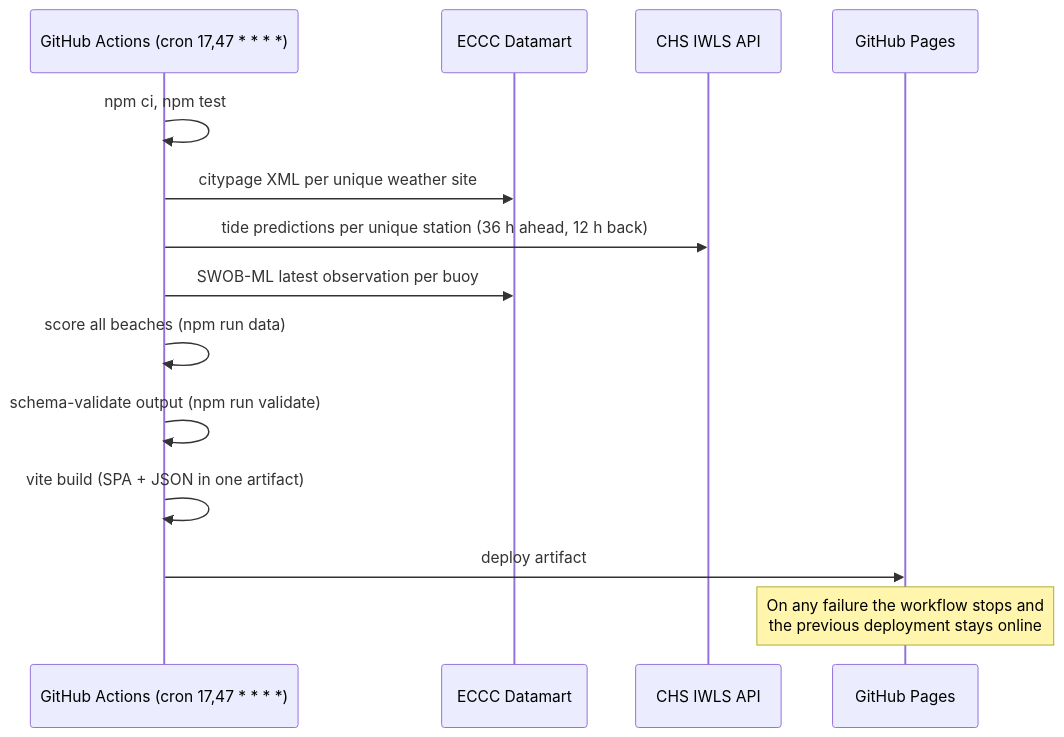
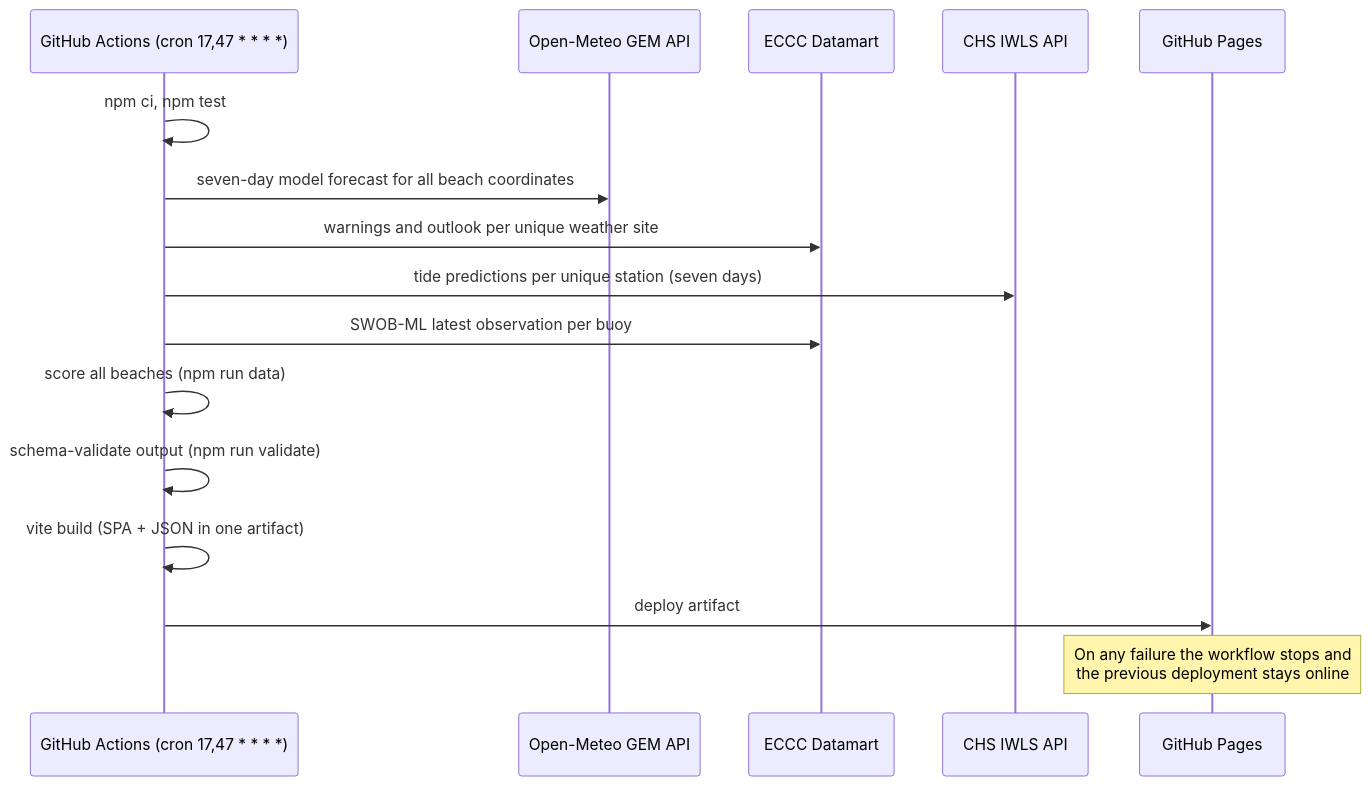
Before and after one commit to gruberb/whenshouldigotothebeach: the second of 2 diagrams in docs/ARCHITECTURE.md, drawn with Mermaid. The commit also changed other lines of this file and 29 other files, not shown here.

````diff
--- a/docs/ARCHITECTURE.md
+++ b/docs/ARCHITECTURE.md
@@ -172,17 +189,19 @@
 ```mermaid
 sequenceDiagram
     participant GH as GitHub Actions (cron 17,47 * * * *)
+    participant GEM as Open-Meteo GEM API
     participant DM as ECCC Datamart
     participant IWLS as CHS IWLS API
     participant Pages as GitHub Pages
 
     GH->>GH: npm ci, npm test
-    GH->>DM: citypage XML per unique weather site
-    GH->>IWLS: tide predictions per unique station (36 h ahead, 12 h back)
+    GH->>GEM: seven-day model forecast for all beach coordinates
+    GH->>DM: warnings and outlook per unique weather site
+    GH->>IWLS: tide predictions per unique station (seven days)
     GH->>DM: SWOB-ML latest observation per buoy
     GH->>GH: score all beaches (npm run data)
     GH->>GH: schema-validate output (npm run validate)
     GH->>GH: vite build (SPA + JSON in one artifact)
     GH->>Pages: deploy artifact
     Note over Pages: On any failure the workflow stops and<br/>the previous deployment stays online
 ```
````
